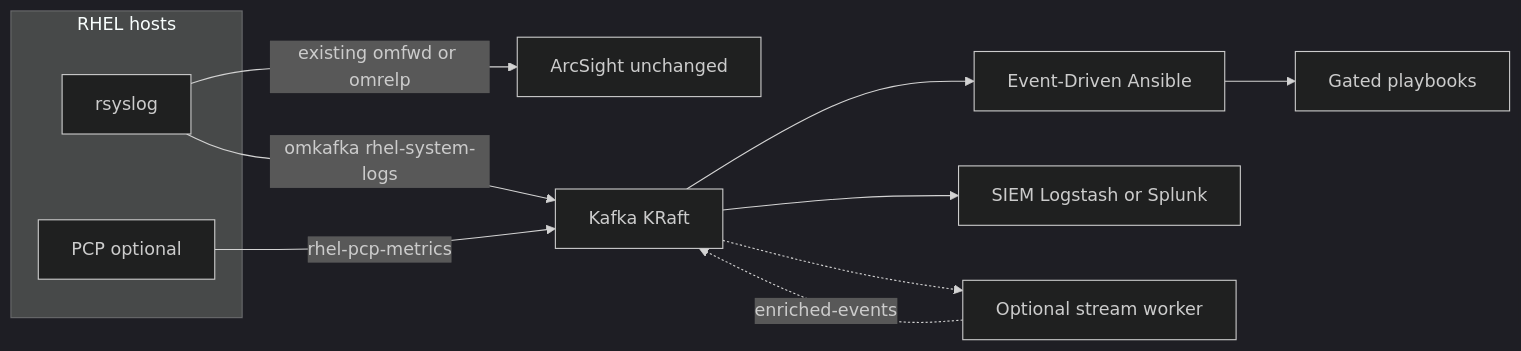
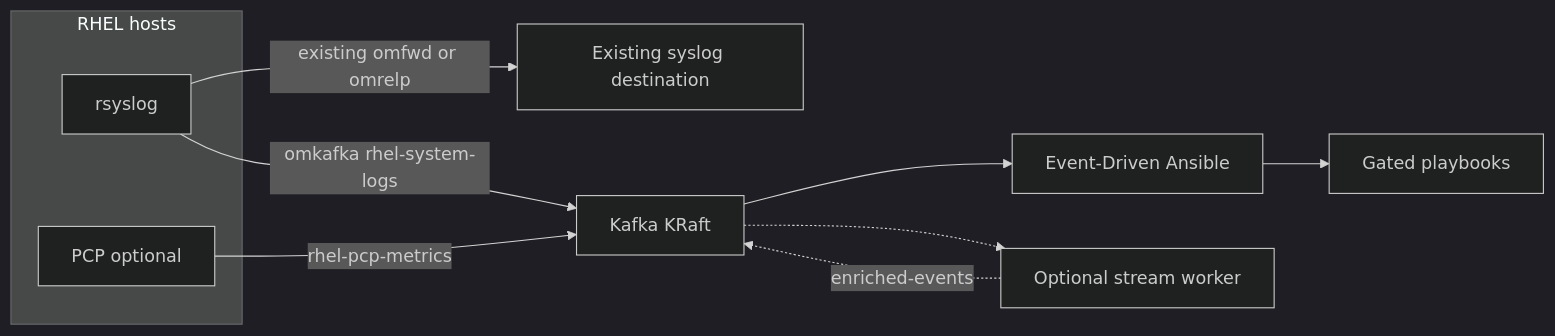
One commit to chrismulderza/logstream-kafka-eda-ai changed the diagram in docs/overview/introduction.md. Above: the diagram before and after it, drawn with Mermaid (dark theme). The commit also changed other lines of this file and 26 other files, not shown here.

````diff
--- a/docs/overview/introduction.md
+++ b/docs/overview/introduction.md
@@ -31,21 +31,19 @@
 ```mermaid
 flowchart LR
   subgraph hosts [RHEL hosts]
     rsyslog[rsyslog]
     pcp[PCP optional]
   end
-  arcsight[ArcSight unchanged]
+  existing[Existing syslog destination]
   kafka[Kafka KRaft]
   eda[Event-Driven Ansible]
-  siem[SIEM Logstash or Splunk]
   worker[Optional stream worker]
   playbooks[Gated playbooks]
-  rsyslog -->|"existing omfwd or omrelp"| arcsight
+  rsyslog -->|"existing omfwd or omrelp"| existing
   rsyslog -->|"omkafka rhel-system-logs"| kafka
   pcp -->|"rhel-pcp-metrics"| kafka
   kafka --> eda
-  kafka --> siem
   eda --> playbooks
   kafka -.-> worker
   worker -.->|"enriched-events"| kafka
 ```
````
